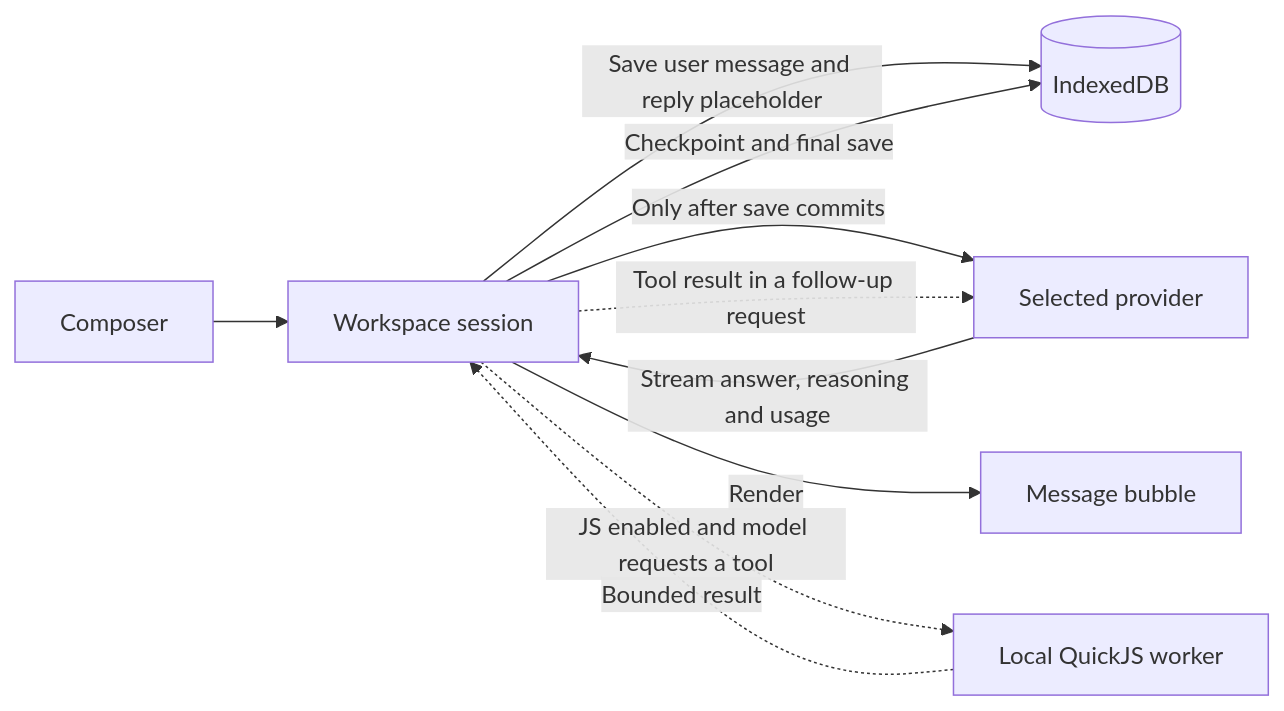
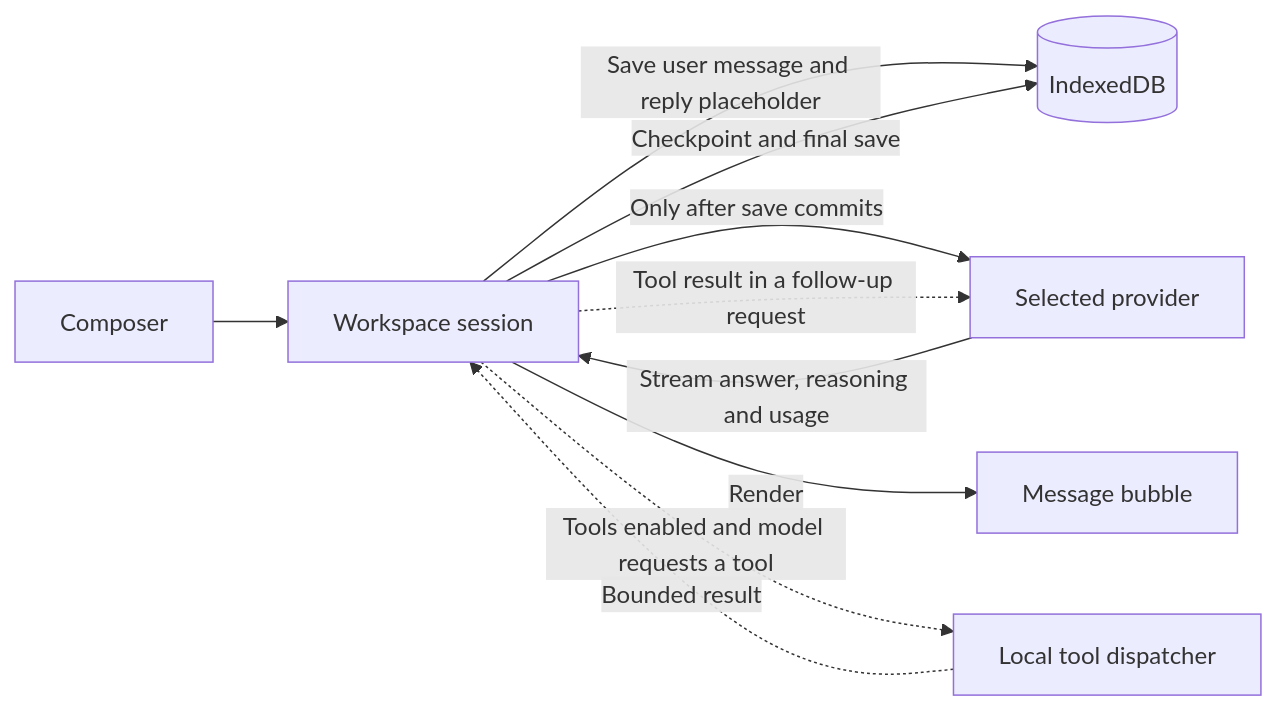
Before and after one commit to yapweijun1996/PWA-BYOK-AI-Chatbox: the diagram in FEATURE-MAP.md, drawn with Mermaid. The commit also changed other lines of this file and 14 other files, not shown here.

````diff
--- a/FEATURE-MAP.md
+++ b/FEATURE-MAP.md
@@ -7,12 +7,12 @@
 ```mermaid
 flowchart LR
     C[Composer] --> W[Workspace session]
     W -->|Save user message and reply placeholder| DB[(IndexedDB)]
     W -->|Only after save commits| P[Selected provider]
     P -->|Stream answer, reasoning and usage| W
     W -->|Render| B[Message bubble]
     W -->|Checkpoint and final save| DB
-    W -.->|JS enabled and model requests a tool| Q[Local QuickJS worker]
+    W -.->|Tools enabled and model requests a tool| Q[Local tool dispatcher]
     Q -.->|Bounded result| W
     W -.->|Tool result in a follow-up request| P
 ```
````
